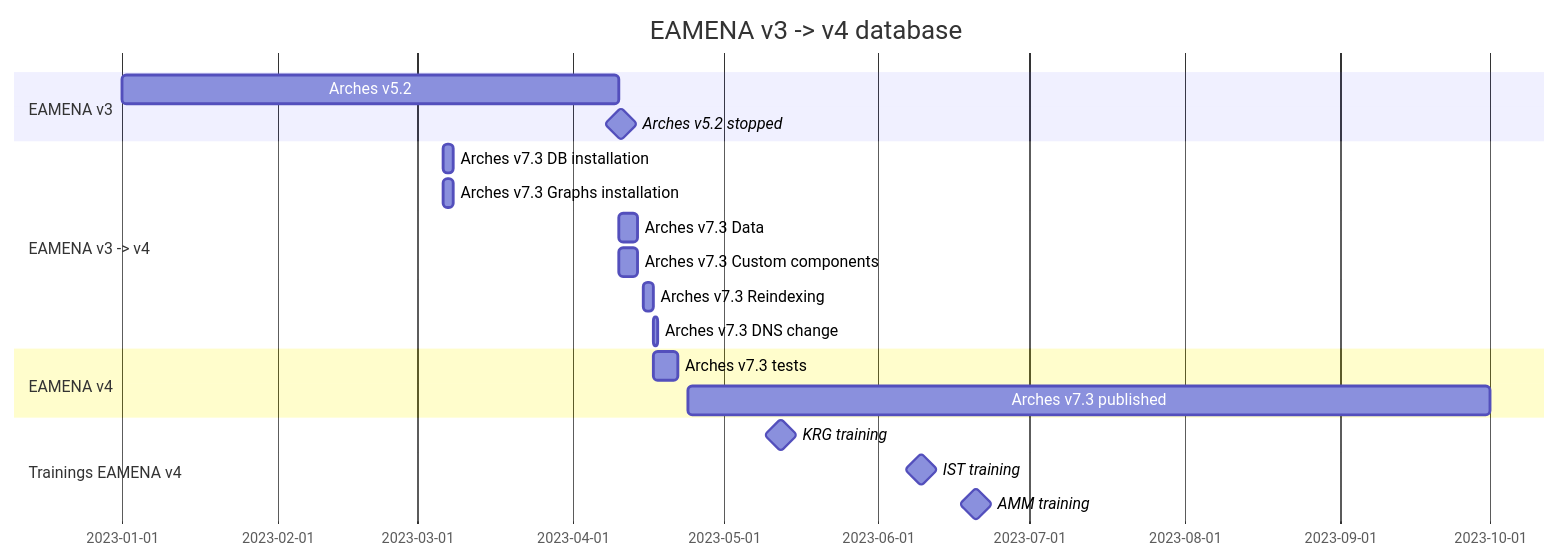
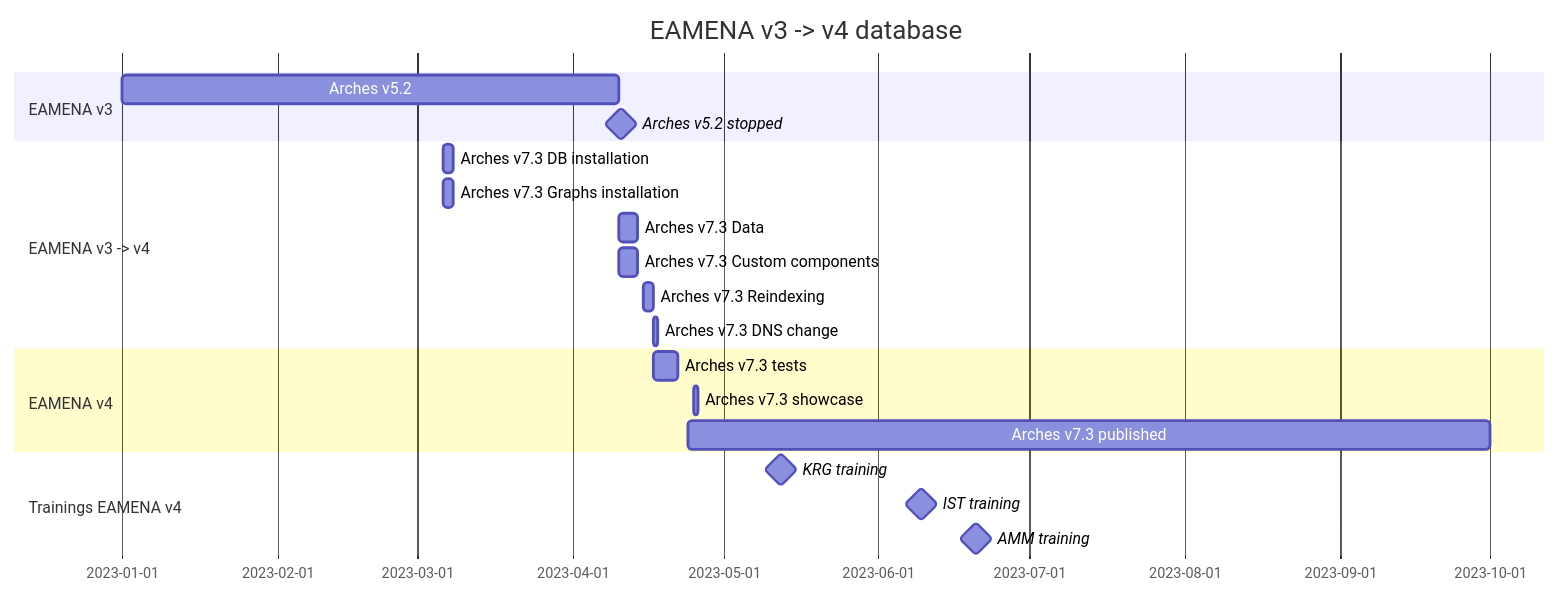
One commit to eamena-project/eamena-arches-dev changed the diagram in dbs/database.eamena/README.md. Above: the diagram before and after it, drawn with Mermaid.

Commit message:
views diagram

````diff
--- a/dbs/database.eamena/README.md
+++ b/dbs/database.eamena/README.md
@@ -5,22 +5,23 @@
 ```mermaid
 gantt
     title EAMENA v3 -> v4 database
     dateFormat  YYYY-MM-DD
     section EAMENA v3
     Arches v5.2              : a0, 2023-01-01, 2023-04-10
     Arches v5.2 stopped      : milestone, m3, 2023-04-10, 1d
     section EAMENA v3 -> v4
     Arches v7.3 DB installation        : a1, 2023-03-06, 2d
     Arches v7.3 Graphs installation    : a1, 2023-03-06, 2d
     Arches v7.3 Data                   : a1, 2023-04-10, 4d
     Arches v7.3 Custom components      : a1, 2023-04-10, 4d
     Arches v7.3 Reindexing             : a1, 2023-04-15, 2d
     Arches v7.3 DNS change             : a1, 2023-04-17, 1d
     section EAMENA v4
     Arches v7.3 tests                  : a1, 2023-04-17, 5d
+    Arches v7.3 showcase               : a1, 2023-04-25, 1d
     Arches v7.3 published              : a1, 2023-04-24, 2023-10-01
     section Trainings EAMENA v4
     KRG training             : milestone, m3, 2023-05-09, 7d
     IST training             : milestone, m3, 2023-06-06, 7d
     AMM training             : milestone, m3, 2023-06-17, 7d
 ```
````
